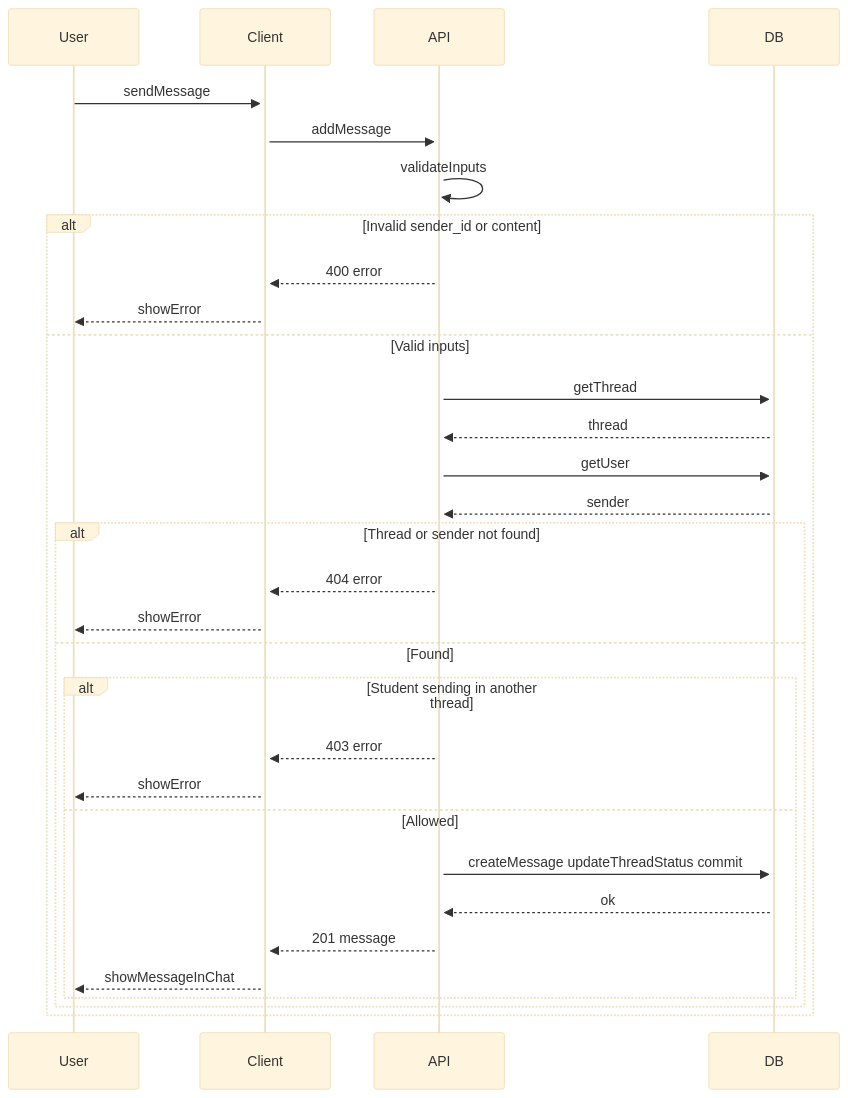
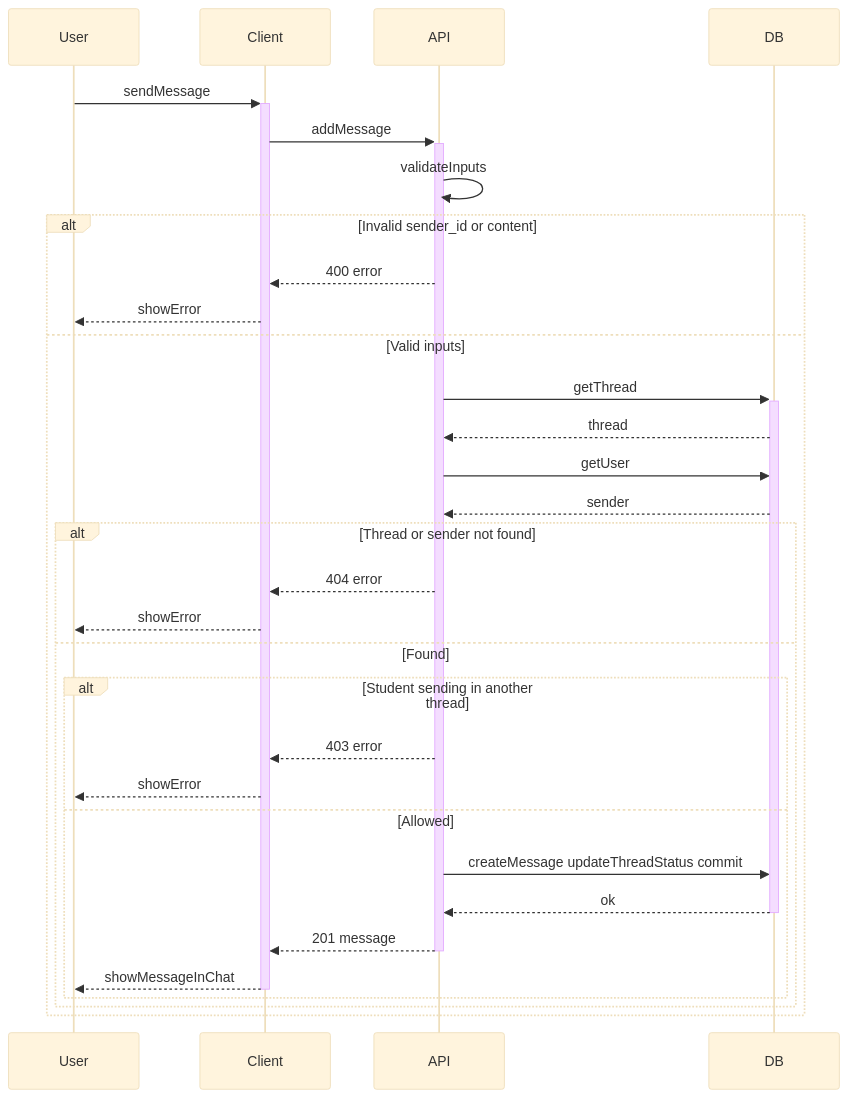
The diagram in docs/sequence-send-message.md (sandyleedev/student-mental-support-app), drawn with Mermaid (base theme) before and after one commit. The commit also changed 3 other files, not shown here.

````diff
--- a/docs/sequence-send-message.md
+++ b/docs/sequence-send-message.md
@@ -5,35 +5,35 @@
 ```mermaid
 sequenceDiagram
     participant User
     participant Client
     participant API
     participant DB
 
     User->>+Client: sendMessage
     Client->>+API: addMessage
     API->>API: validateInputs
 
     alt Invalid sender_id or content
         API-->>Client: 400 error
         Client-->>User: showError
     else Valid inputs
         API->>+DB: getThread
         DB-->>API: thread
-        API->>+DB: getUser
+        API->>DB: getUser
         DB-->>API: sender
         alt Thread or sender not found
             API-->>Client: 404 error
             Client-->>User: showError
         else Found
             alt Student sending in another thread
                 API-->>Client: 403 error
                 Client-->>User: showError
             else Allowed
-                API->>+DB: createMessage updateThreadStatus commit
-                DB-->>API: ok
-                API-->>Client: 201 message
-                Client-->>User: showMessageInChat
+                API->>DB: createMessage updateThreadStatus commit
+                DB-->>-API: ok
+                API-->>-Client: 201 message
+                Client-->>-User: showMessageInChat
             end
         end
     end
 ```
````
